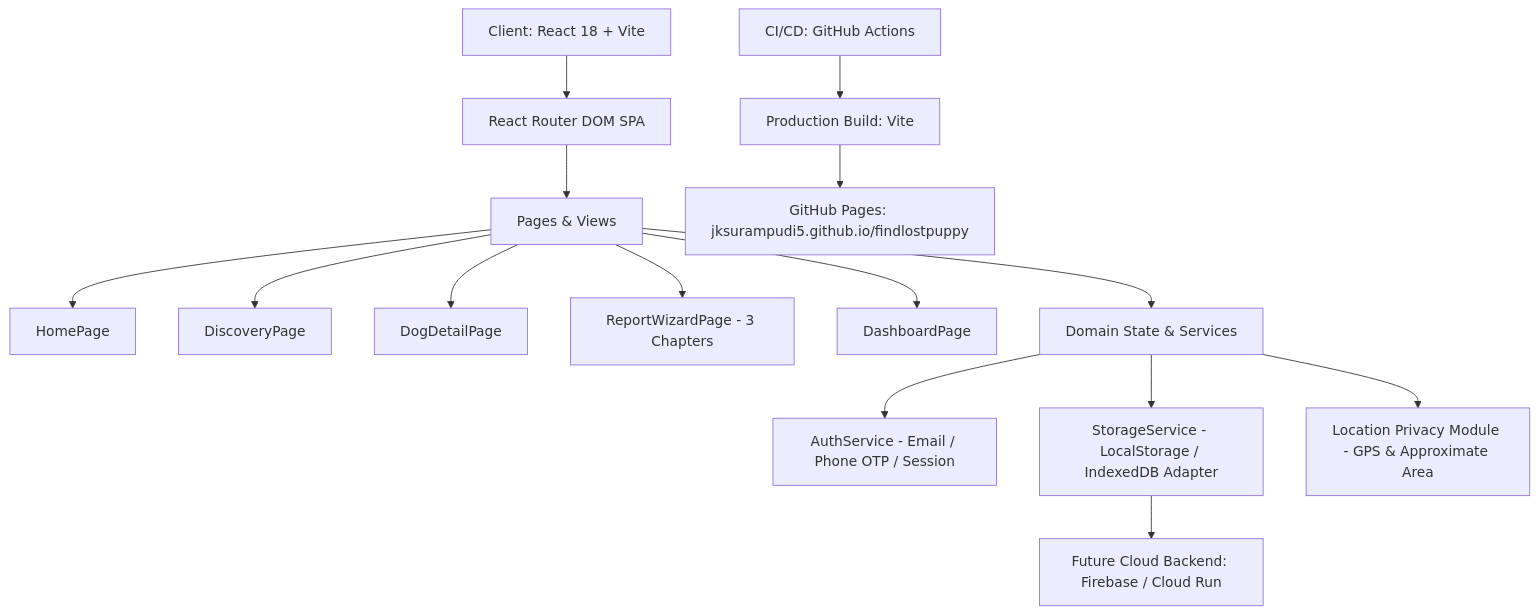
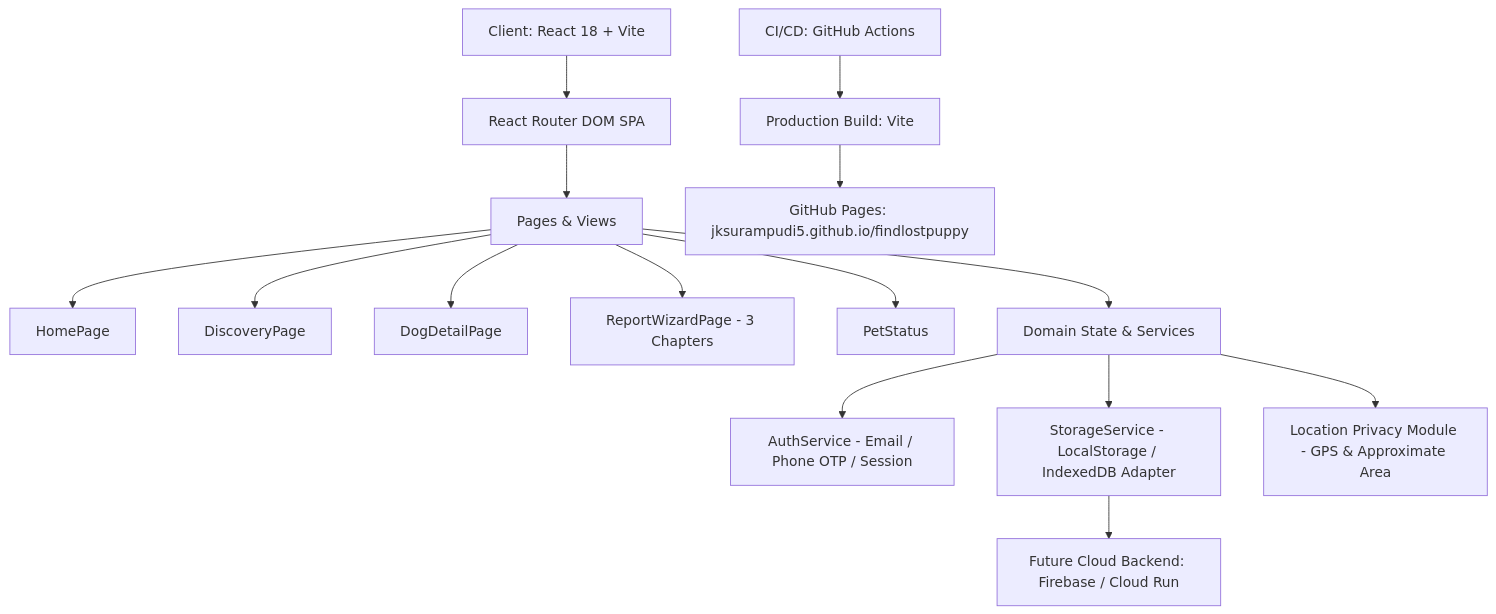
Before and after one commit to jksurampudi5/findlostpuppy: the diagram in docs/architecture.md, drawn with Mermaid. The commit also changed 59 other files, not shown here.

Commit message:
Polish mobile onboarding and location permission flow

````diff
--- a/docs/architecture.md
+++ b/docs/architecture.md
@@ -7,20 +7,20 @@
 ```mermaid
 graph TD
     A[Client: React 18 + Vite] --> B[React Router DOM SPA]
     B --> C[Pages & Views]
     C --> C1[HomePage]
     C --> C2[DiscoveryPage]
     C --> C3[DogDetailPage]
     C --> C4[ReportWizardPage - 3 Chapters]
-    C --> C5[DashboardPage]
+    C --> C5[PetStatus]
     
     C --> D[Domain State & Services]
     D --> D1[AuthService - Email / Phone OTP / Session]
     D --> D2[StorageService - LocalStorage / IndexedDB Adapter]
     D --> D3[Location Privacy Module - GPS & Approximate Area]
     
     D2 --> E[Future Cloud Backend: Firebase / Cloud Run]
     
     F[CI/CD: GitHub Actions] --> G[Production Build: Vite]
     G --> H[GitHub Pages: jksurampudi5.github.io/findlostpuppy]
 ```
````
